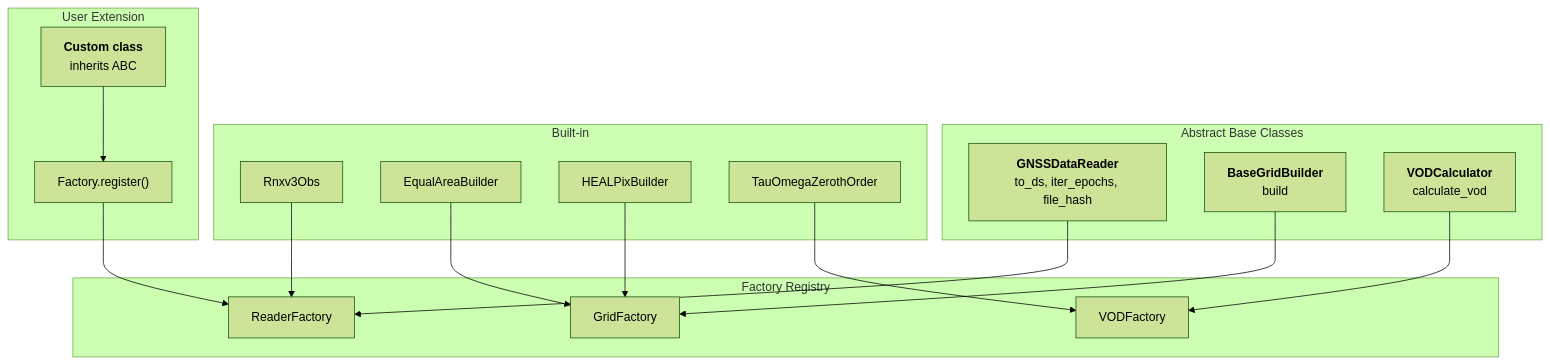
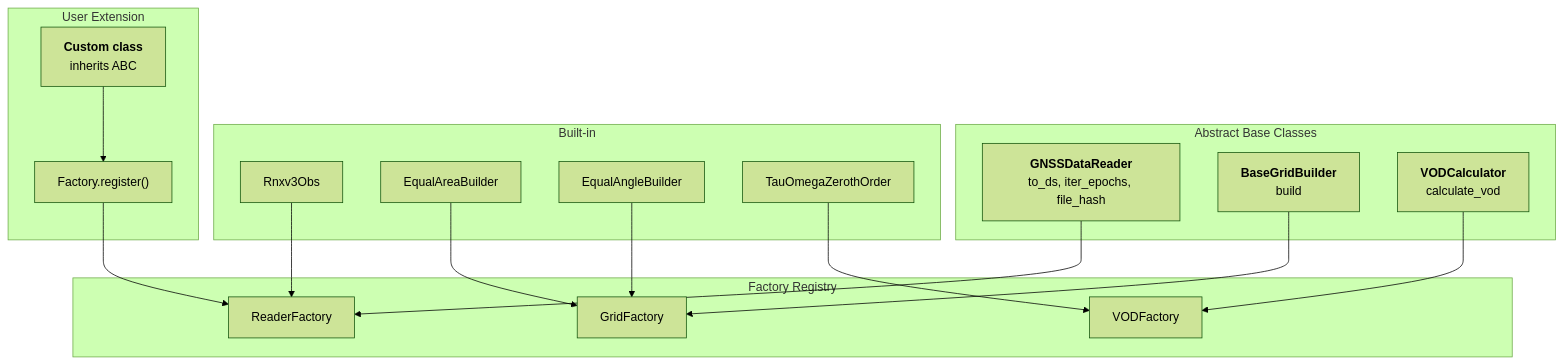
One commit to nfb2021/canvodpy changed the first of 2 diagrams in docs/guides/architecture-design.md. Above: the diagram before and after it, drawn with Mermaid (forest theme). The commit also changed 42 other files, not shown here.

````diff
--- a/docs/guides/architecture-design.md
+++ b/docs/guides/architecture-design.md
@@ -67,41 +67,41 @@
 ```mermaid
 flowchart TD
     subgraph ABCS["Abstract Base Classes"]
         READER_ABC["`**GNSSDataReader**
         to_ds, iter_epochs, file_hash`"]
         GRID_ABC["`**BaseGridBuilder**
         build`"]
         VOD_ABC["`**VODCalculator**
         calculate_vod`"]
     end
 
     subgraph FACTORIES["Factory Registry"]
         RF["ReaderFactory"]
         GF["GridFactory"]
         VF["VODFactory"]
     end
 
     subgraph BUILTIN["Built-in"]
         RINEX3["Rnxv3Obs"]
         EA["EqualAreaBuilder"]
-        HP["HEALPixBuilder"]
+        HP["EqualAngleBuilder"]
         TO["TauOmegaZerothOrder"]
     end
 
     subgraph CUSTOM["User Extension"]
         IMPL["`**Custom class**
         inherits ABC`"]
         REG["Factory.register()"]
     end
 
     READER_ABC --> RF
     GRID_ABC   --> GF
     VOD_ABC    --> VF
 
     RINEX3 --> RF
     EA     --> GF
     HP     --> GF
     TO     --> VF
 
     IMPL --> REG --> RF
 ```
````
